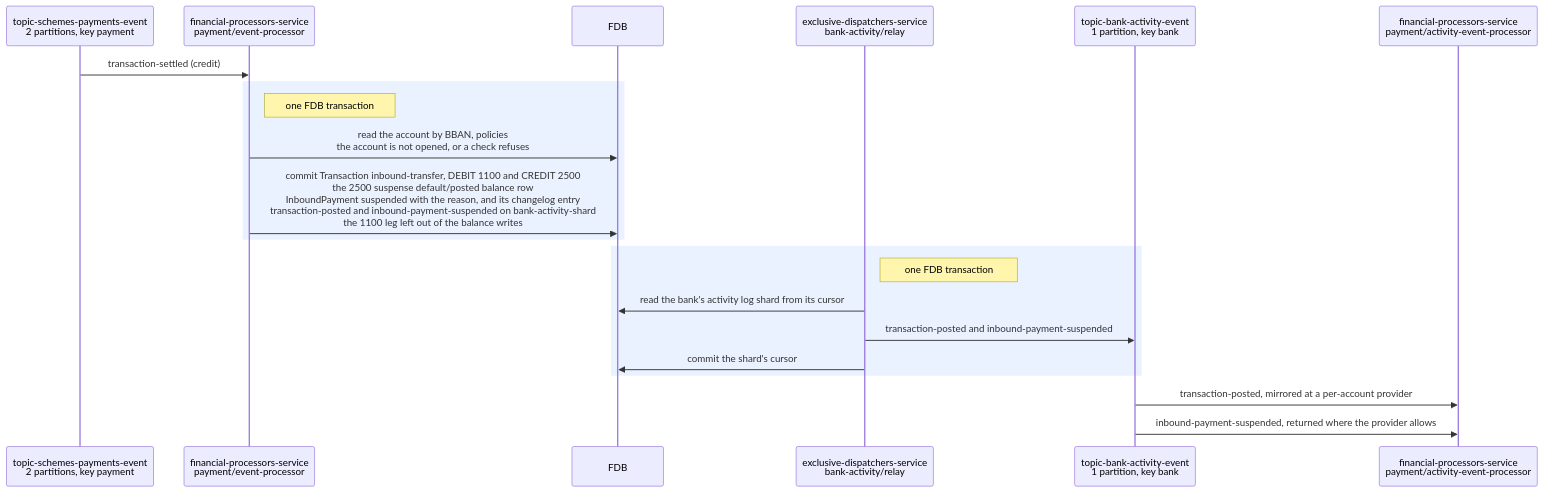
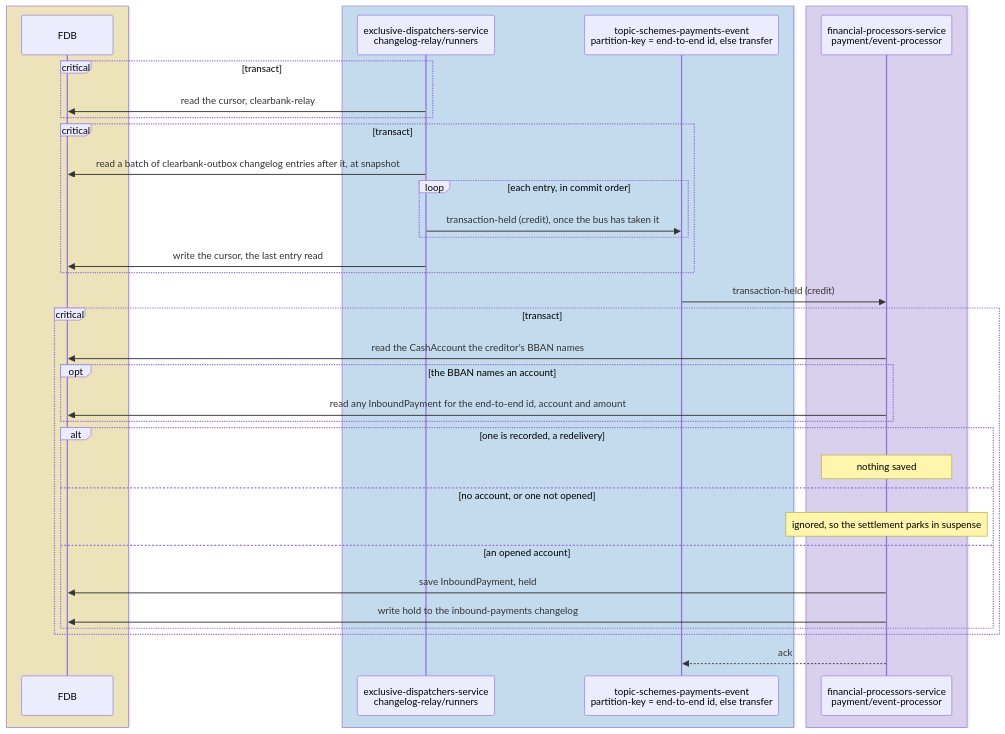
Before and after one commit to repldriven/queenswood: the seventh of 15 diagrams in docs/tdd/payments-inbound.md, drawn with Mermaid. The commit also changed other lines of this file and 2 other files, not shown here.

Commit message:
Draw outbound and inbound payments to the internal diagrams' conventions

````diff
--- a/docs/tdd/payments-inbound.md
+++ b/docs/tdd/payments-inbound.md
@@ -126,23 +350,39 @@
 ```mermaid
 sequenceDiagram
-    participant SE as topic-schemes-payments-event<br/>2 partitions, key payment
+    box rgba(255, 236, 153, 0.5)
+    participant DB as FDB
+    end
+    box rgba(165, 216, 255, 0.45)
+    participant OR as exclusive-dispatchers-service<br/>changelog-relay/runners
+    participant SE as topic-schemes-payments-event<br/>partition-key = end-to-end id, else transfer
+    end
+    box rgba(208, 191, 255, 0.45)
     participant PE as financial-processors-service<br/>payment/event-processor
-    participant DB as FDB
-    participant AR as exclusive-dispatchers-service<br/>bank-activity/relay
-    participant AE as topic-bank-activity-event<br/>1 partition, key bank
-    participant AP as financial-processors-service<br/>payment/activity-event-processor
-    SE->>PE: transaction-settled (credit)
-    rect rgb(235, 242, 255)
-    Note right of PE: one FDB transaction
-    PE->>DB: read the account by BBAN, policies<br/>the account is not opened, or a check refuses
-    PE->>DB: commit Transaction inbound-transfer, DEBIT 1100 and CREDIT 2500<br/>the 2500 suspense default/posted balance row<br/>InboundPayment suspended with the reason, and its changelog entry<br/>transaction-posted and inbound-payment-suspended on bank-activity-shard<br/>the 1100 leg left out of the balance writes
     end
-    rect rgb(235, 242, 255)
-    Note right of AR: one FDB transaction
-    AR->>DB: read the bank's activity log shard from its cursor
-    AR->>AE: transaction-posted and inbound-payment-suspended
-    AR->>DB: commit the shard's cursor
+    critical transact
+    OR->>DB: read the cursor, clearbank-relay
     end
-    AE->>AP: transaction-posted, mirrored at a per-account provider
-    AE->>AP: inbound-payment-suspended, returned where the provider allows
+    critical transact
+    OR->>DB: read a batch of clearbank-outbox changelog entries after it, at snapshot
+    loop each entry, in commit order
+    OR->>SE: transaction-held (credit), once the bus has taken it
+    end
+    OR->>DB: write the cursor, the last entry read
+    end
+    SE->>PE: transaction-held (credit)
+    critical transact
+    PE->>DB: read the CashAccount the creditor's BBAN names
+    opt the BBAN names an account
+    PE->>DB: read any InboundPayment for the end-to-end id, account and amount
+    end
+    alt one is recorded, a redelivery
+    Note over PE: nothing saved
+    else no account, or one not opened
+    Note over PE: ignored, so the settlement parks in suspense
+    else an opened account
+    PE->>DB: save InboundPayment, held
+    PE->>DB: write hold to the inbound-payments changelog
+    end
+    end
+    PE-->>SE: ack
 ```
````
